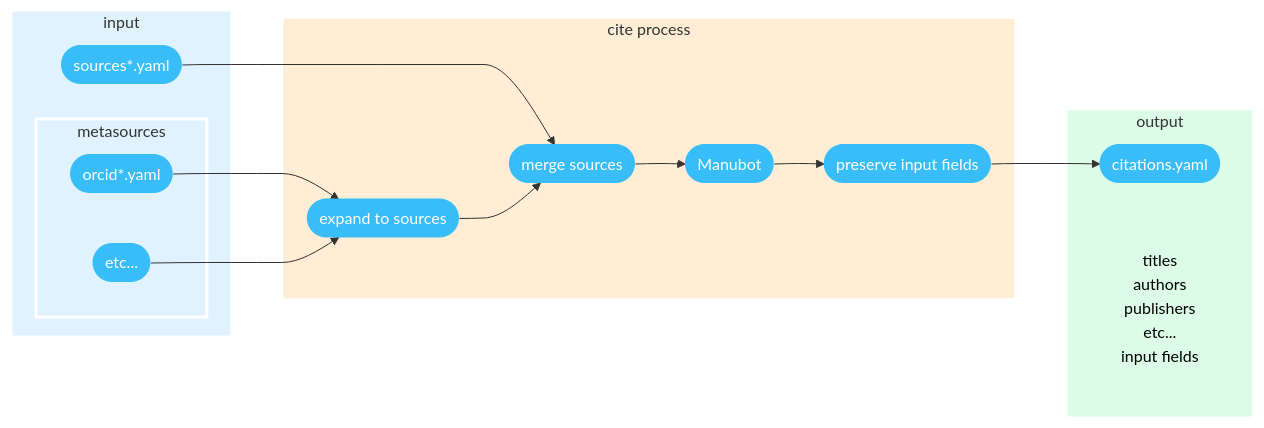
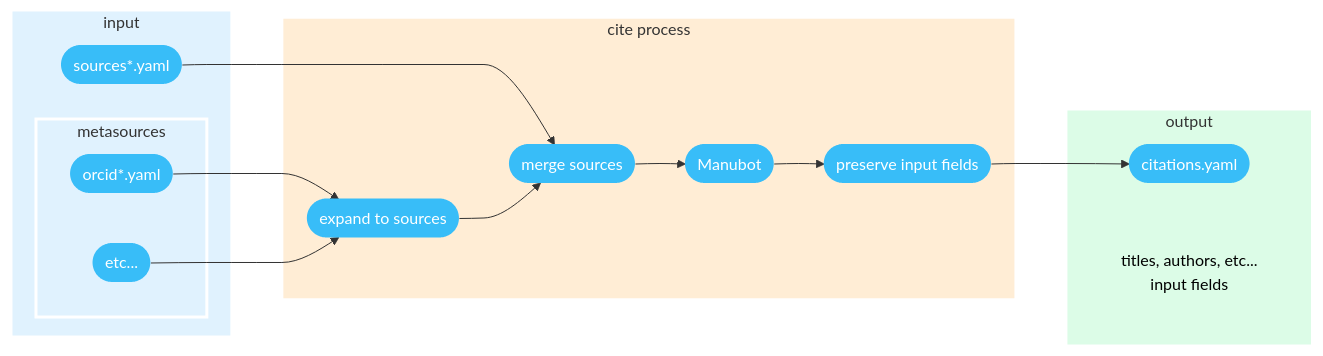
One commit to greenelab/lab-website-template-docs changed the diagram in basics/citations.md. Above: the diagram before and after it, drawn with Mermaid. The commit also changed 18 other files, not shown here.

````diff
--- a/basics/citations.md
+++ b/basics/citations.md
@@ -25,52 +25,52 @@
 ```mermaid
 %%{
   init: {
     "fontFamily": "Arial",
     "stroke": "none",
     "flowchart": {
       "curve": "monotoneX"
     }
   }
 }%%
 
 graph LR
   subgraph input
     sources([sources*.yaml])
 
     subgraph metasources
       orcid([orcid*.yaml])
       etc([etc...])
     end
   end
 
   subgraph cite ["cite process"]
     expand([expand to sources])
     merge([merge sources])
     manubot([Manubot])
     preserve([preserve input fields])
   end
 
   subgraph output
     citations([citations.yaml])
-    title[titles\nauthors\npublishers\netc...\ninput fields]
+    title[titles, authors, etc...\ninput fields]
   end
 
   sources --> merge
   orcid --> expand
   etc --> expand
   expand --> merge
   merge --> manubot
   manubot --> preserve
   preserve --> citations
 
   classDef node fill:#38bdf8,stroke:none,color:white
   classDef cluster fill:#e0f2fe,stroke:white,stroke-width:3px
   classDef input fill:#e0f2fe
   classDef cite fill:#ffedd5
   classDef output fill:#dcfce7
   classDef title fill:none,color:black
   class input, input
   class cite, cite
   class output, output
   class title, title
 ```
````
